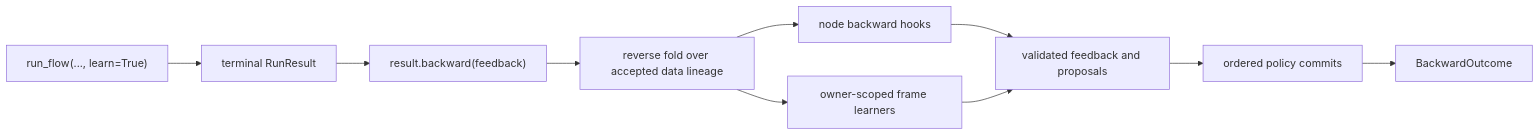
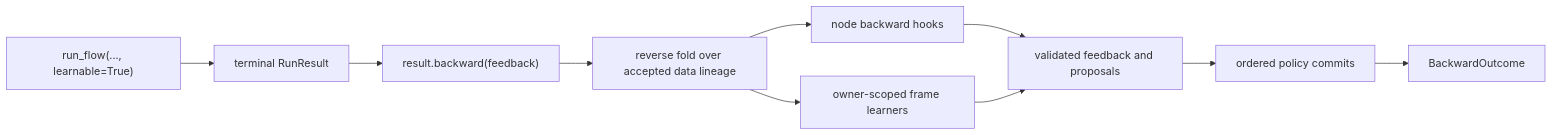
The diagram in docs/learning.md (ngocbh/yian), drawn with Mermaid before and after one commit. The commit also changed other lines of this file and 36 other files, not shown here.

````diff
--- a/docs/learning.md
+++ b/docs/learning.md
@@ -8,12 +8,12 @@
 ```mermaid
 flowchart LR
-    forward["run_flow(..., learn=True)"] --> result["terminal RunResult"]
+    forward["run_flow(..., learnable=True)"] --> result["terminal RunResult"]
     result --> attempt["result.backward(feedback)"]
     attempt --> fold["reverse fold over accepted data lineage"]
     fold --> nodes["node backward hooks"]
     fold --> frames["owner-scoped frame learners"]
     nodes --> ready["validated feedback and proposals"]
     frames --> ready
     ready --> commits["ordered policy commits"]
     commits --> outcome["BackwardOutcome"]
 ```
````
